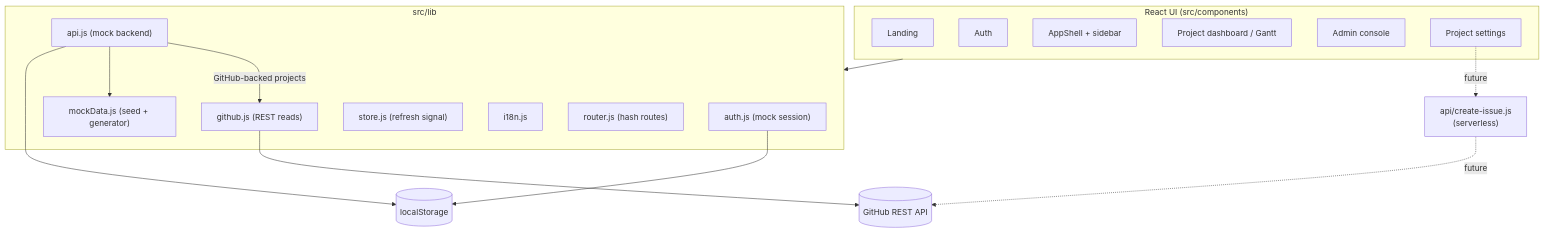
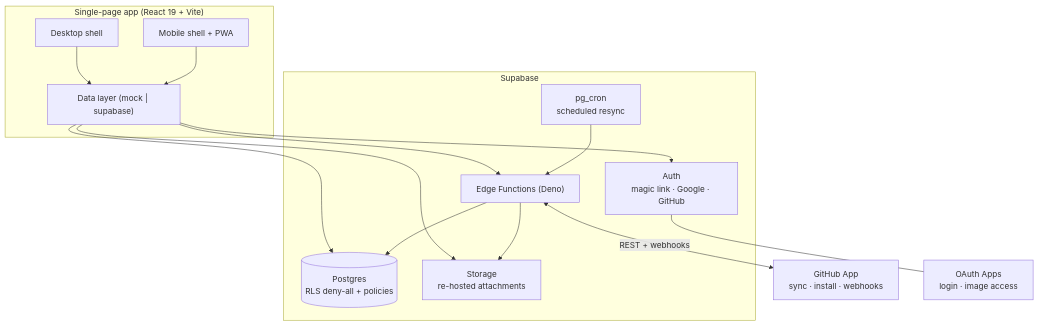
One commit to zestones/vista changed the second of 2 diagrams in README.md. Above: the diagram before and after it, drawn with Mermaid. The commit also changed other lines of this file and 1 other file, not shown here.

````diff
--- a/README.md
+++ b/README.md
@@ -64,30 +54,31 @@
 ```mermaid
 flowchart TD
-  subgraph UI["React UI (src/components)"]
-    Landing
-    AuthScreen["Auth"]
-    Shell["AppShell + sidebar"]
-    Dash["Project dashboard / Gantt"]
-    Admin["Admin console"]
-    Settings["Project settings"]
+  subgraph Client["Single-page app (React 19 + Vite)"]
+    Desktop["Desktop shell"]
+    Mobile["Mobile shell + PWA"]
+    DAL["Data layer (mock | supabase)"]
+    Desktop --> DAL
+    Mobile --> DAL
   end
 
-  subgraph Lib["src/lib"]
-    authmod["auth.js (mock session)"]
-    apimod["api.js (mock backend)"]
-    seed["mockData.js (seed + generator)"]
-    gh["github.js (REST reads)"]
-    store["store.js (refresh signal)"]
-    i18n["i18n.js"]
-    router["router.js (hash routes)"]
+  subgraph Supabase
+    Auth["Auth<br/>magic link · Google · GitHub"]
+    DB[("Postgres<br/>RLS deny-all + policies")]
+    Storage["Storage<br/>re-hosted attachments"]
+    Edge["Edge Functions (Deno)"]
+    Cron["pg_cron<br/>scheduled resync"]
   end
 
-  UI --> Lib
-  authmod --> LS[("localStorage")]
-  apimod --> LS
-  apimod --> seed
-  apimod -->|GitHub-backed projects| gh
-  gh --> GHAPI[("GitHub REST API")]
-  Settings -. future .-> fn["api/create-issue.js<br/>(serverless)"]
-  fn -. future .-> GHAPI
+  GHApp["GitHub App<br/>sync · install · webhooks"]
+  GHOAuth["OAuth Apps<br/>login · image access"]
+
+  DAL --> Auth
+  DAL --> DB
+  DAL --> Storage
+  DAL --> Edge
+  Auth --- GHOAuth
+  Edge <-->|REST + webhooks| GHApp
+  Cron --> Edge
+  Edge --> DB
+  Edge --> Storage
 ```
````
